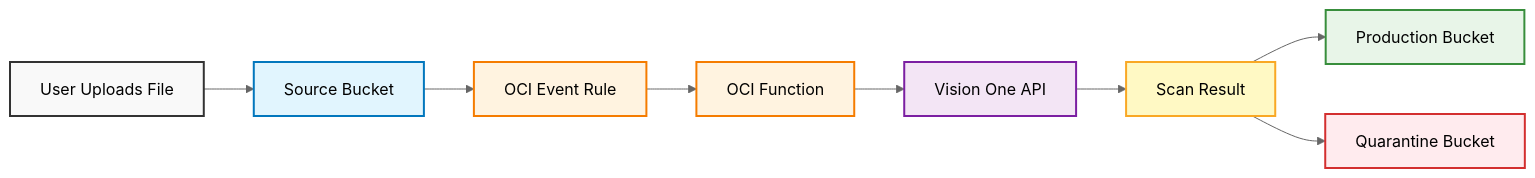
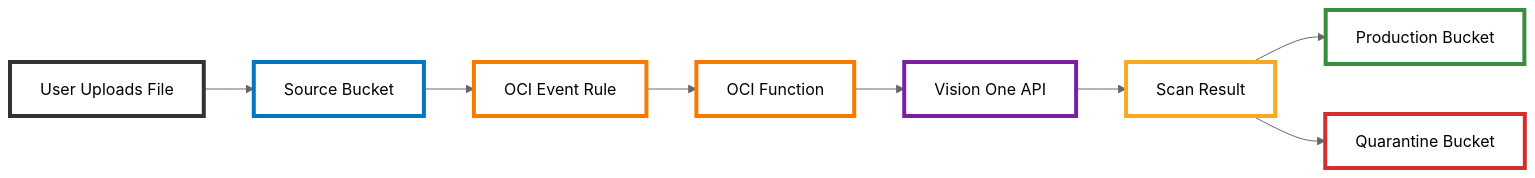
Before and after one commit to uragupathy-trend/v1-fss-scanner: the diagram in README.md, drawn with Mermaid (neutral theme).

````diff
--- a/README.md
+++ b/README.md
@@ -7,19 +7,19 @@
 ```mermaid
 flowchart LR
     A[User Uploads File] --> B[Source Bucket]
     B --> C[OCI Event Rule]
     C --> D[OCI Function]
     D --> E[Vision One API]
     E --> F[Scan Result]
     F --> G[Production Bucket]
     F --> H[Quarantine Bucket]
     
-    style A fill:#f9f9f9,stroke:#333,stroke-width:2px
-    style B fill:#e1f5fe,stroke:#0277bd,stroke-width:2px
-    style C fill:#fff3e0,stroke:#f57c00,stroke-width:2px
-    style D fill:#fff3e0,stroke:#f57c00,stroke-width:2px
-    style E fill:#f3e5f5,stroke:#7b1fa2,stroke-width:2px
-    style F fill:#fff9c4,stroke:#f9a825,stroke-width:2px
-    style G fill:#e8f5e8,stroke:#388e3c,stroke-width:2px
-    style H fill:#ffebee,stroke:#d32f2f,stroke-width:2px
+    style A fill:#ffffff,stroke:#333,stroke-width:4px,color:#000
+    style B fill:#ffffff,stroke:#0277bd,stroke-width:4px,color:#000
+    style C fill:#ffffff,stroke:#f57c00,stroke-width:4px,color:#000
+    style D fill:#ffffff,stroke:#f57c00,stroke-width:4px,color:#000
+    style E fill:#ffffff,stroke:#7b1fa2,stroke-width:4px,color:#000
+    style F fill:#ffffff,stroke:#f9a825,stroke-width:4px,color:#000
+    style G fill:#ffffff,stroke:#388e3c,stroke-width:4px,color:#000
+    style H fill:#ffffff,stroke:#d32f2f,stroke-width:4px,color:#000
 ```
````
